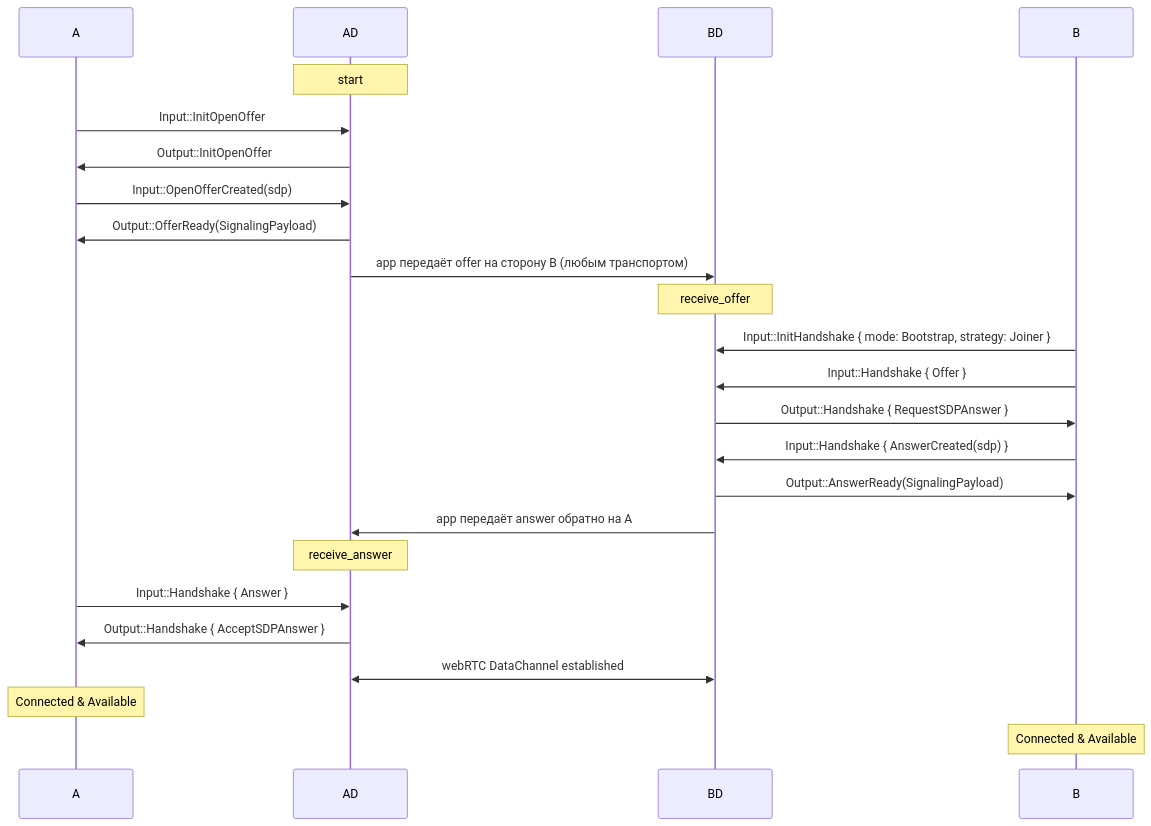
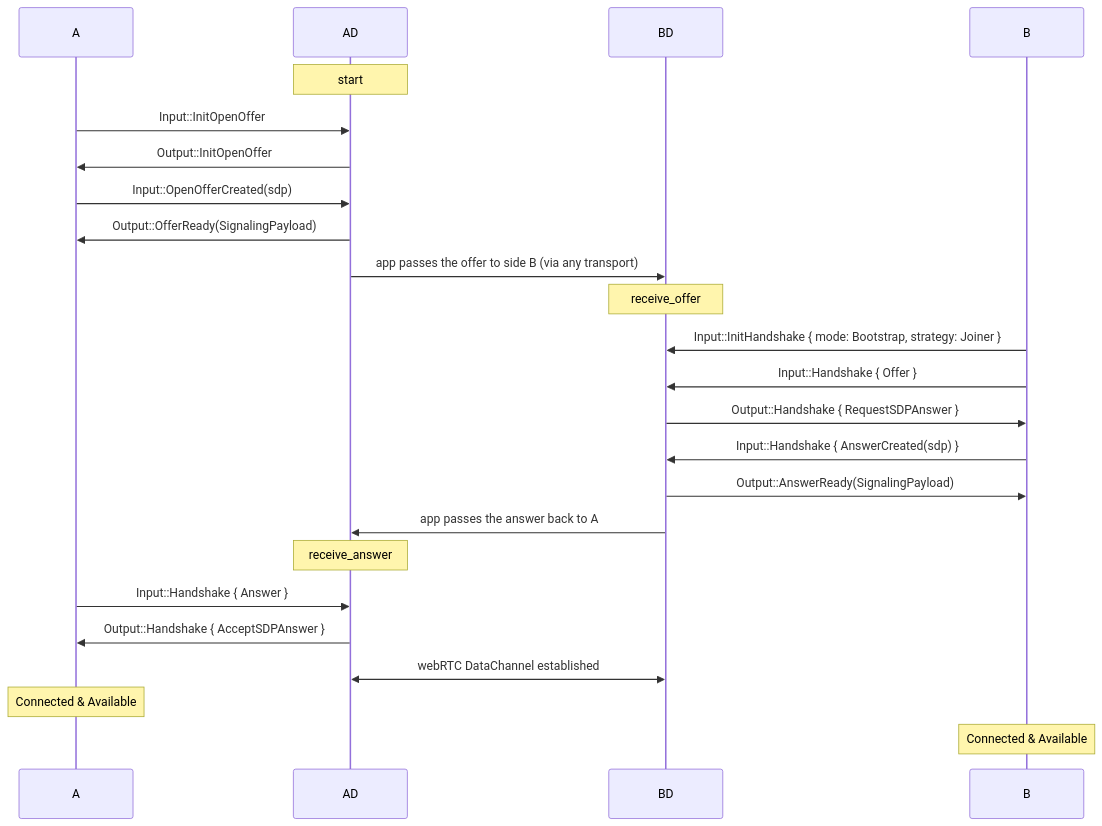
The third of 6 diagrams in docs/protocol.md (PixelQuasar/antenna), drawn with Mermaid before and after one commit. The commit also changed other lines of this file and 31 other files, not shown here.

````diff
--- a/docs/protocol.md
+++ b/docs/protocol.md
@@ -275,32 +275,32 @@
 ```mermaid
 sequenceDiagram
     participant A
     participant AD
     participant BD
     participant B
 
 
     note over AD: start
     A ->> AD: Input::InitOpenOffer
     AD ->> A: Output::InitOpenOffer
     A ->> AD: Input::OpenOfferCreated(sdp)
     AD ->> A: Output::OfferReady(SignalingPayload)
 
-    AD ->> BD: app передаёт offer на сторону B (любым транспортом)
+    AD ->> BD: app passes the offer to side B (via any transport)
 
     note over BD: receive_offer
     B ->> BD: Input::InitHandshake { mode: Bootstrap, strategy: Joiner }
     B ->> BD: Input::Handshake { Offer }
     BD ->> B: Output::Handshake { RequestSDPAnswer }
     B ->> BD: Input::Handshake { AnswerCreated(sdp) }
     BD ->> B: Output::AnswerReady(SignalingPayload)
 
-    BD ->> AD: app передаёт answer обратно на A
+    BD ->> AD: app passes the answer back to A
 
     note over AD: receive_answer
     A ->> AD: Input::Handshake { Answer }
     AD ->> A: Output::Handshake { AcceptSDPAnswer }
     AD <<->> BD: webRTC DataChannel established
     note over A: Connected & Available
     note over B: Connected & Available
 ```
````
